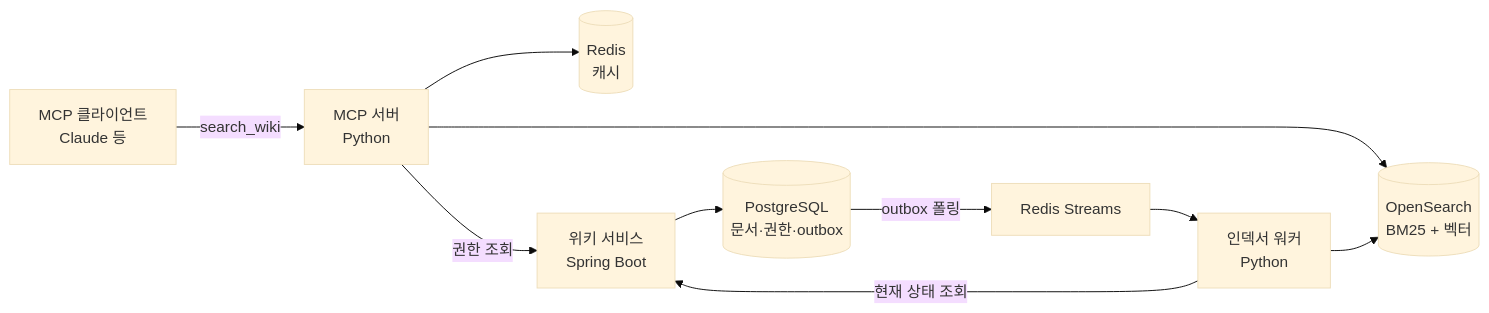
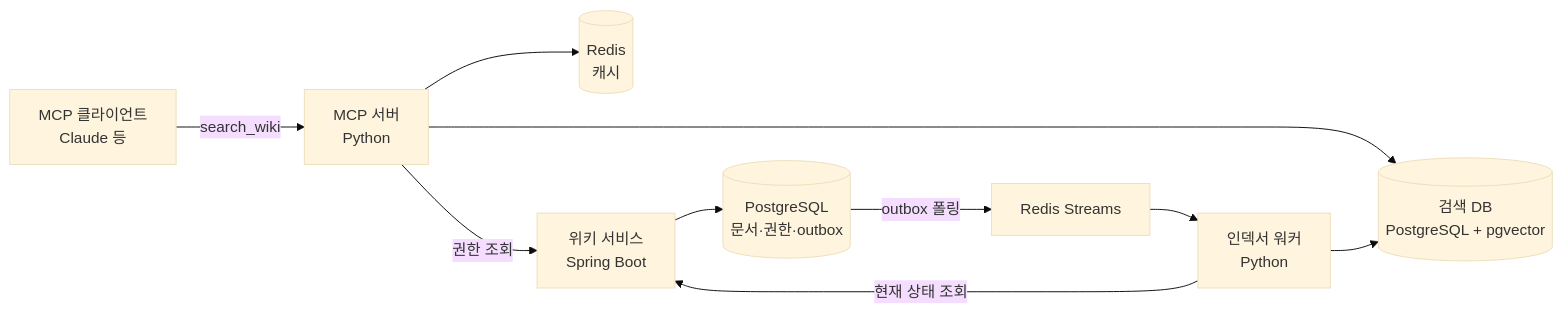
The first of 2 diagrams in docs/design.md (zxcv718/wiki-rag-mcp), drawn with Mermaid (base theme) before and after one commit. The commit also changed other lines of this file and 6 other files, not shown here.

````diff
--- a/docs/design.md
+++ b/docs/design.md
@@ -105,12 +106,12 @@
 ```mermaid
 flowchart LR
     U[MCP 클라이언트<br/>Claude 등] -->|search_wiki| M[MCP 서버<br/>Python]
-    M --> S[(OpenSearch<br/>BM25 + 벡터)]
+    M --> S[(검색 DB<br/>PostgreSQL + pgvector)]
     M --> R[(Redis<br/>캐시)]
     M -->|권한 조회| W[위키 서비스<br/>Spring Boot]
     W --> DB[(PostgreSQL<br/>문서·권한·outbox)]
     DB -->|outbox 폴링| Q[Redis Streams]
     Q --> I[인덱서 워커<br/>Python]
     I --> S
     I -->|현재 상태 조회| W
 ```
````
